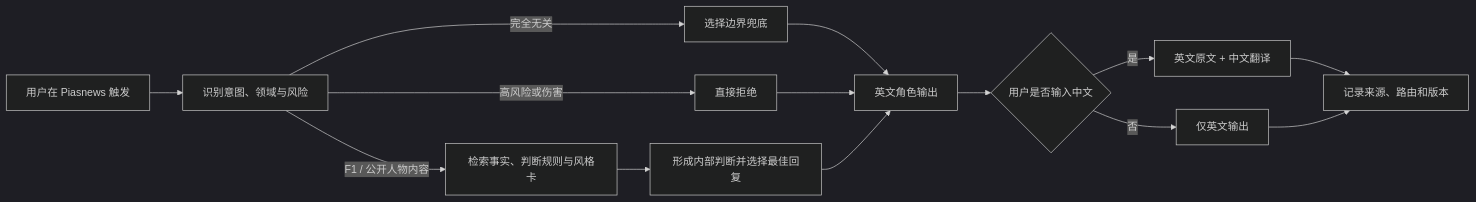
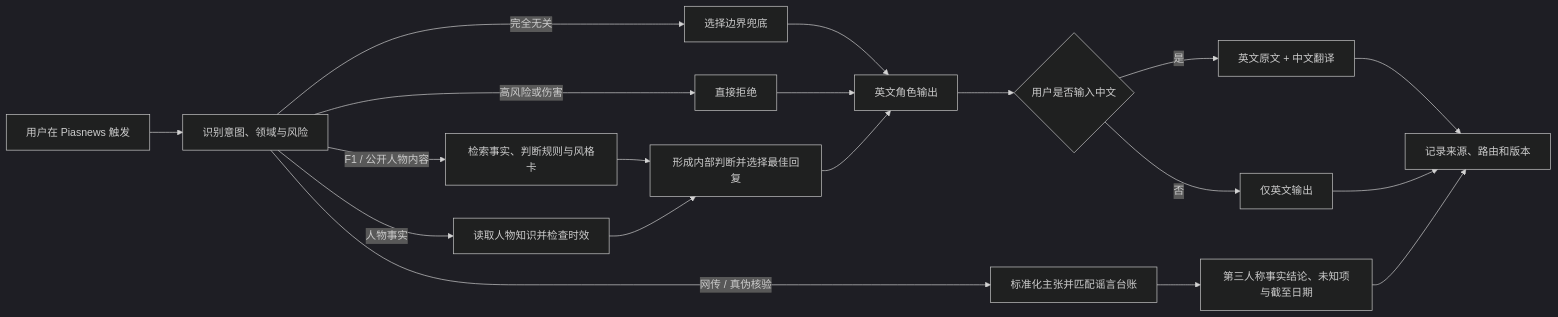
One commit to ZnonYmitY/piasnews changed the diagram in docs/oscar-piastri-distillation-prd.zh-CN.md. Above: the diagram before and after it, drawn with Mermaid (dark theme). The commit also changed other lines of this file and 38 other files, not shown here.

````diff
--- a/docs/oscar-piastri-distillation-prd.zh-CN.md
+++ b/docs/oscar-piastri-distillation-prd.zh-CN.md
@@ -55,16 +55,21 @@
 ```mermaid
 flowchart LR
   A[用户在 Piasnews 触发] --> B[识别意图、领域与风险]
   B -->|F1 / 公开人物内容| C[检索事实、判断规则与风格卡]
+  B -->|人物事实| L[读取人物知识并检查时效]
+  B -->|网传 / 真伪核验| M[标准化主张并匹配谣言台账]
   B -->|完全无关| D[选择边界兜底]
   B -->|高风险或伤害| E[直接拒绝]
   C --> F[形成内部判断并选择最佳回复]
+  L --> F
+  M --> N[第三人称事实结论、未知项与截至日期]
   D --> G[英文角色输出]
   E --> G
   F --> G
   G --> H{用户是否输入中文}
   H -->|是| I[英文原文 + 中文翻译]
   H -->|否| J[仅英文输出]
   I --> K[记录来源、路由和版本]
   J --> K
+  N --> K
 ```
````
